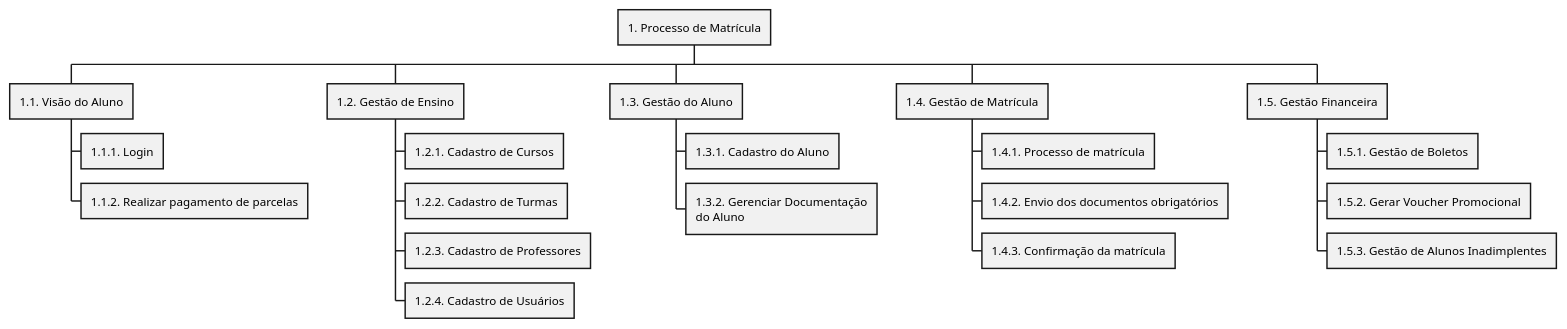
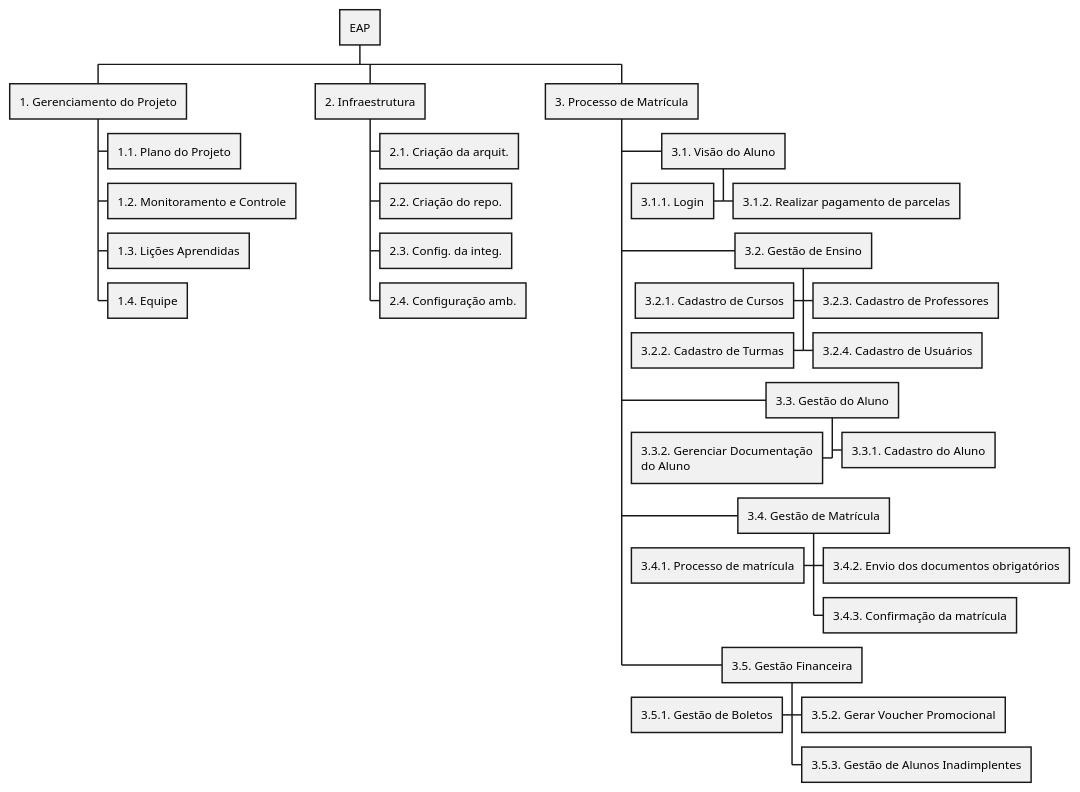
Before and after one commit to PosGraduacaoEquipe7/diagramas-plant-uml: the diagram in diagrama-eap.puml, drawn with PlantUML. The commit also changed 1 other file, not shown here.

Commit message:
Diagrama EAP atualizado

```diff
--- a/diagrama-eap.puml
+++ b/diagrama-eap.puml
@@ -1,24 +1,35 @@
 @startwbs EAP
 
-* 1. Processo de Matrícula
-** 1.1. Visão do Aluno
-*** 1.1.1. Login
-*** 1.1.2. Realizar pagamento de parcelas
-** 1.2. Gestão de Ensino
-*** 1.2.1. Cadastro de Cursos
-*** 1.2.2. Cadastro de Turmas
-*** 1.2.3. Cadastro de Professores
-*** 1.2.4. Cadastro de Usuários
-** 1.3. Gestão do Aluno
-*** 1.3.1. Cadastro do Aluno
-*** 1.3.2. Gerenciar Documentação\ndo Aluno
-** 1.4. Gestão de Matrícula
-*** 1.4.1. Processo de matrícula
-*** 1.4.2. Envio dos documentos obrigatórios
-*** 1.4.3. Confirmação da matrícula
-** 1.5. Gestão Financeira
-*** 1.5.1. Gestão de Boletos
-*** 1.5.2. Gerar Voucher Promocional
-*** 1.5.3. Gestão de Alunos Inadimplentes
+* EAP
+** 1. Gerenciamento do Projeto
+*** 1.1. Plano do Projeto
+*** 1.2. Monitoramento e Controle
+*** 1.3. Lições Aprendidas
+*** 1.4. Equipe
+** 2. Infraestrutura
+*** 2.1. Criação da arquit.
+*** 2.2. Criação do repo.
+*** 2.3. Config. da integ.
+*** 2.4. Configuração amb.
+** 3. Processo de Matrícula
+*** 3.1. Visão do Aluno
+****< 3.1.1. Login
+**** 3.1.2. Realizar pagamento de parcelas
+*** 3.2. Gestão de Ensino
+****< 3.2.1. Cadastro de Cursos
+****< 3.2.2. Cadastro de Turmas
+**** 3.2.3. Cadastro de Professores
+**** 3.2.4. Cadastro de Usuários
+*** 3.3. Gestão do Aluno
+**** 3.3.1. Cadastro do Aluno
+****< 3.3.2. Gerenciar Documentação\ndo Aluno
+*** 3.4. Gestão de Matrícula
+****< 3.4.1. Processo de matrícula
+**** 3.4.2. Envio dos documentos obrigatórios
+**** 3.4.3. Confirmação da matrícula
+*** 3.5. Gestão Financeira
+****< 3.5.1. Gestão de Boletos
+**** 3.5.2. Gerar Voucher Promocional
+**** 3.5.3. Gestão de Alunos Inadimplentes
 
 @endwbs
```
